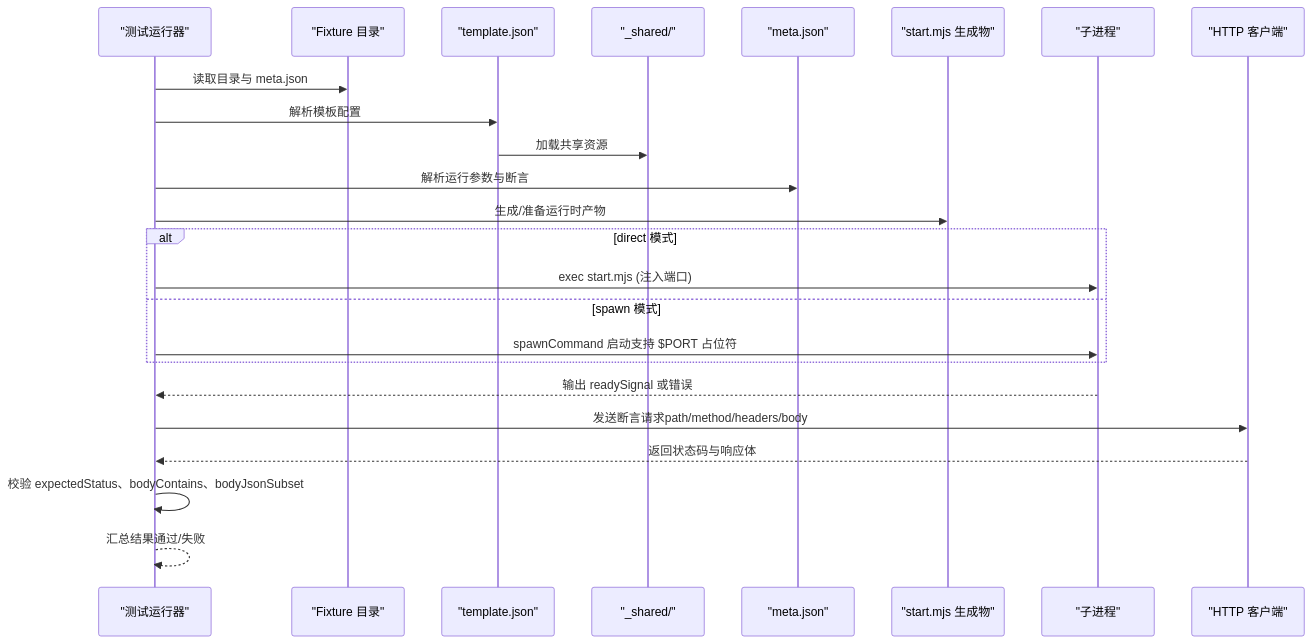
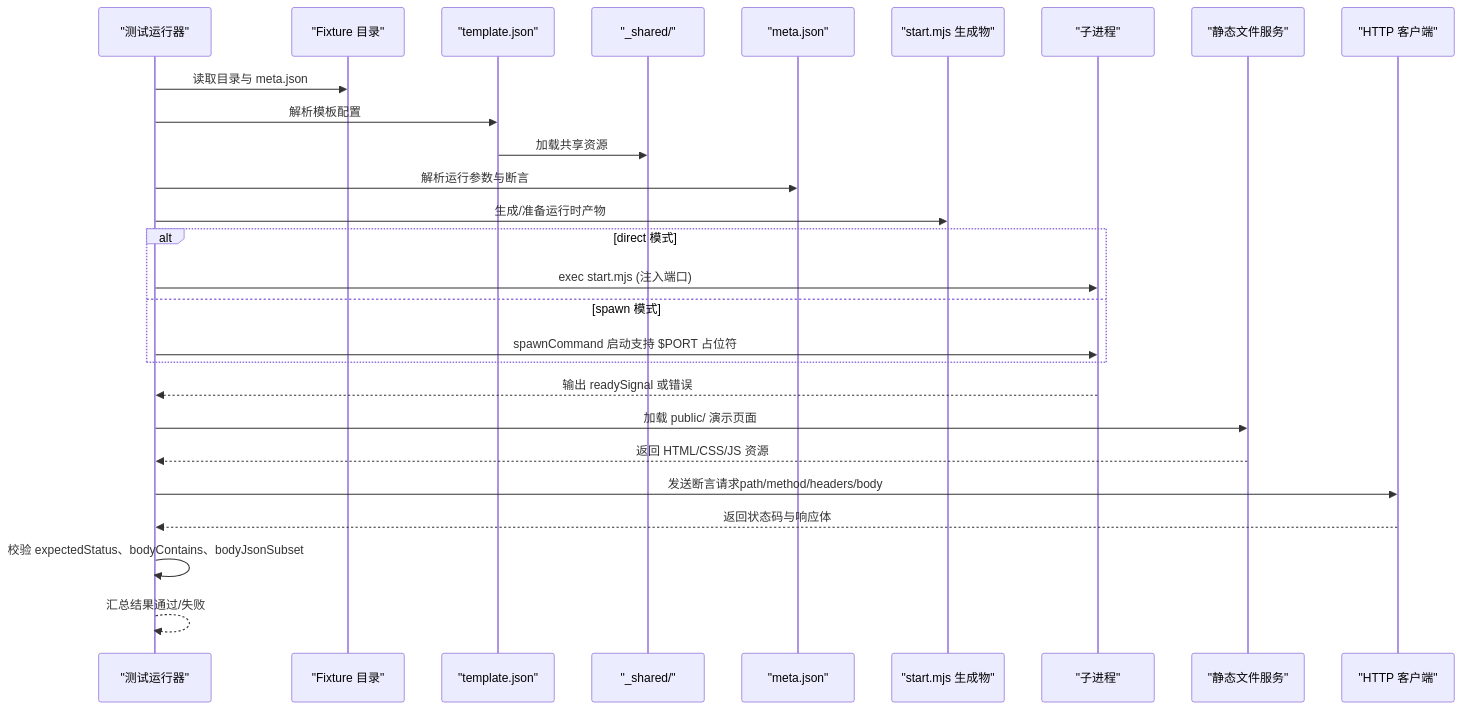
The second of 6 diagrams in .qoder/repowiki/zh/content/后端框架测试/后端框架测试套件.md (esa-sp/test-for-aone-ci), drawn with Mermaid before and after one commit. The commit also changed other lines of this file and 31 other files, not shown here.

````diff
--- a/.qoder/repowiki/zh/content/后端框架测试/后端框架测试套件.md
+++ b/.qoder/repowiki/zh/content/后端框架测试/后端框架测试套件.md
@@ -168,26 +208,29 @@
 ```mermaid
 sequenceDiagram
 participant Runner as "测试运行器"
 participant Fixture as "Fixture 目录"
 participant Template as "template.json"
 participant Shared as "_shared/"
 participant Meta as "meta.json"
 participant Runtime as "start.mjs 生成物"
 participant Proc as "子进程"
+participant Static as "静态文件服务"
 participant HTTP as "HTTP 客户端"
 Runner->>Fixture : 读取目录与 meta.json
 Runner->>Template : 解析模板配置
 Template->>Shared : 加载共享资源
 Runner->>Meta : 解析运行参数与断言
 Runner->>Runtime : 生成/准备运行时产物
 alt direct 模式
 Runner->>Proc : exec start.mjs (注入端口)
 else spawn 模式
 Runner->>Proc : spawnCommand 启动支持 $PORT 占位符
 end
 Proc-->>Runner : 输出 readySignal 或错误
+Runner->>Static : 加载 public/ 演示页面
+Static-->>Runner : 返回 HTML/CSS/JS 资源
 Runner->>HTTP : 发送断言请求path/method/headers/body
 HTTP-->>Runner : 返回状态码与响应体
 Runner->>Runner : 校验 expectedStatus、bodyContains、bodyJsonSubset
 Runner-->>Runner : 汇总结果通过/失败
 ```
````
